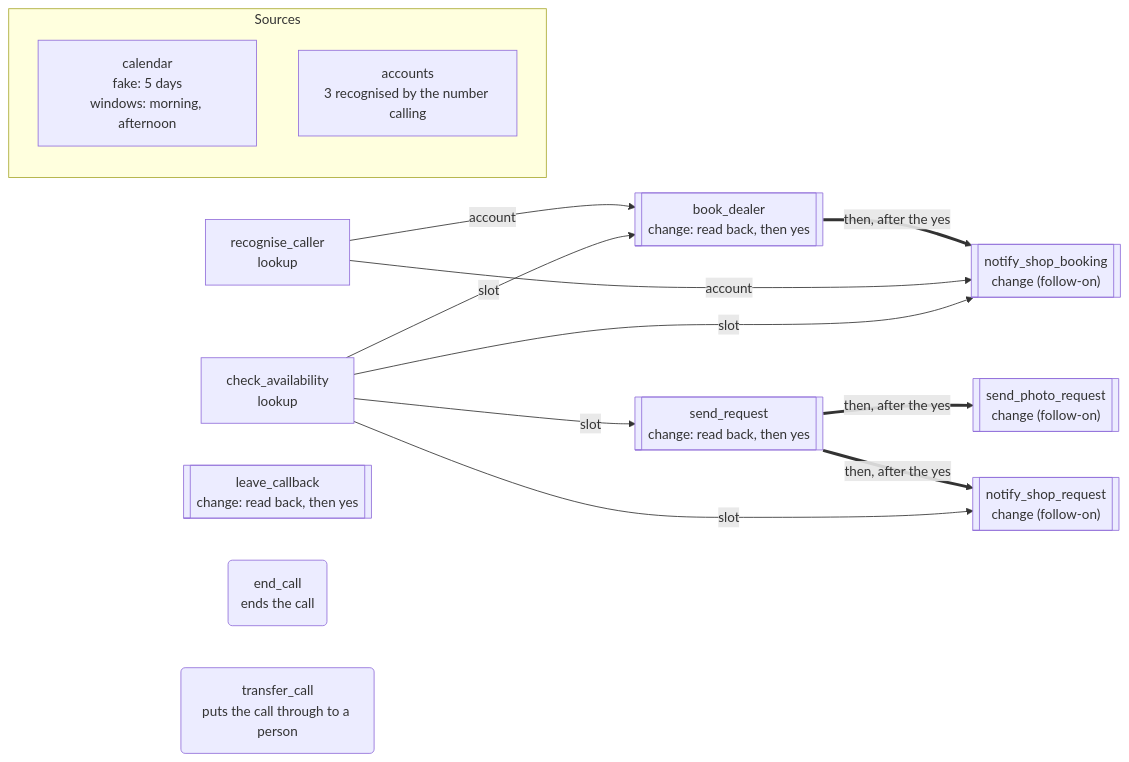
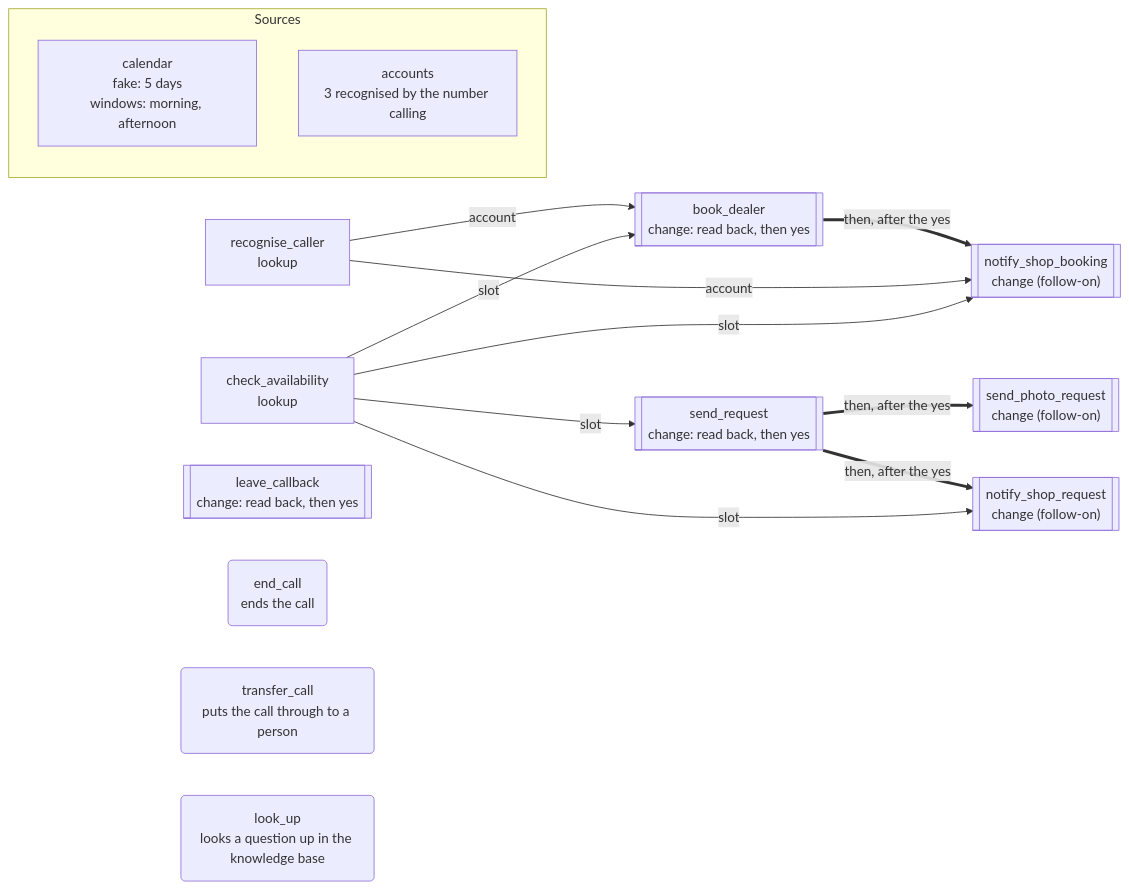
One commit to DialogWright/dialogwright changed the first of 2 diagrams in apps/wheelshop-agent/APP-MAP.md. Above: the diagram before and after it, drawn with Mermaid. The commit also changed 13 other files, not shown here.

First line of the commit message:
wheelshop-agent: a small knowledge base, its five topics and drafts pending review

````diff
--- a/apps/wheelshop-agent/APP-MAP.md
+++ b/apps/wheelshop-agent/APP-MAP.md
@@ -22,26 +22,27 @@
 ```mermaid
 flowchart LR
   subgraph sources["Sources"]
     src_calendar["calendar<br/>fake: 5 days<br/>windows: morning, afternoon"]
     src_accounts["accounts<br/>3 recognised by the number calling"]
   end
   a_recognise_caller["recognise_caller<br/>lookup"]
   a_check_availability["check_availability<br/>lookup"]
   a_send_request[["send_request<br/>change: read back, then yes"]]
   a_send_photo_request[["send_photo_request<br/>change (follow-on)"]]
   a_notify_shop_request[["notify_shop_request<br/>change (follow-on)"]]
   a_book_dealer[["book_dealer<br/>change: read back, then yes"]]
   a_notify_shop_booking[["notify_shop_booking<br/>change (follow-on)"]]
   a_leave_callback[["leave_callback<br/>change: read back, then yes"]]
   a_end_call("end_call<br/>ends the call")
   a_transfer_call("transfer_call<br/>puts the call through to a person")
+  a_look_up("look_up<br/>looks a question up in the knowledge base")
   a_check_availability -->|slot| a_send_request
   a_send_request ==>|"then, after the yes"| a_send_photo_request
   a_send_request ==>|"then, after the yes"| a_notify_shop_request
   a_check_availability -->|slot| a_notify_shop_request
   a_recognise_caller -->|account| a_book_dealer
   a_check_availability -->|slot| a_book_dealer
   a_book_dealer ==>|"then, after the yes"| a_notify_shop_booking
   a_recognise_caller -->|account| a_notify_shop_booking
   a_check_availability -->|slot| a_notify_shop_booking
 ```
````
